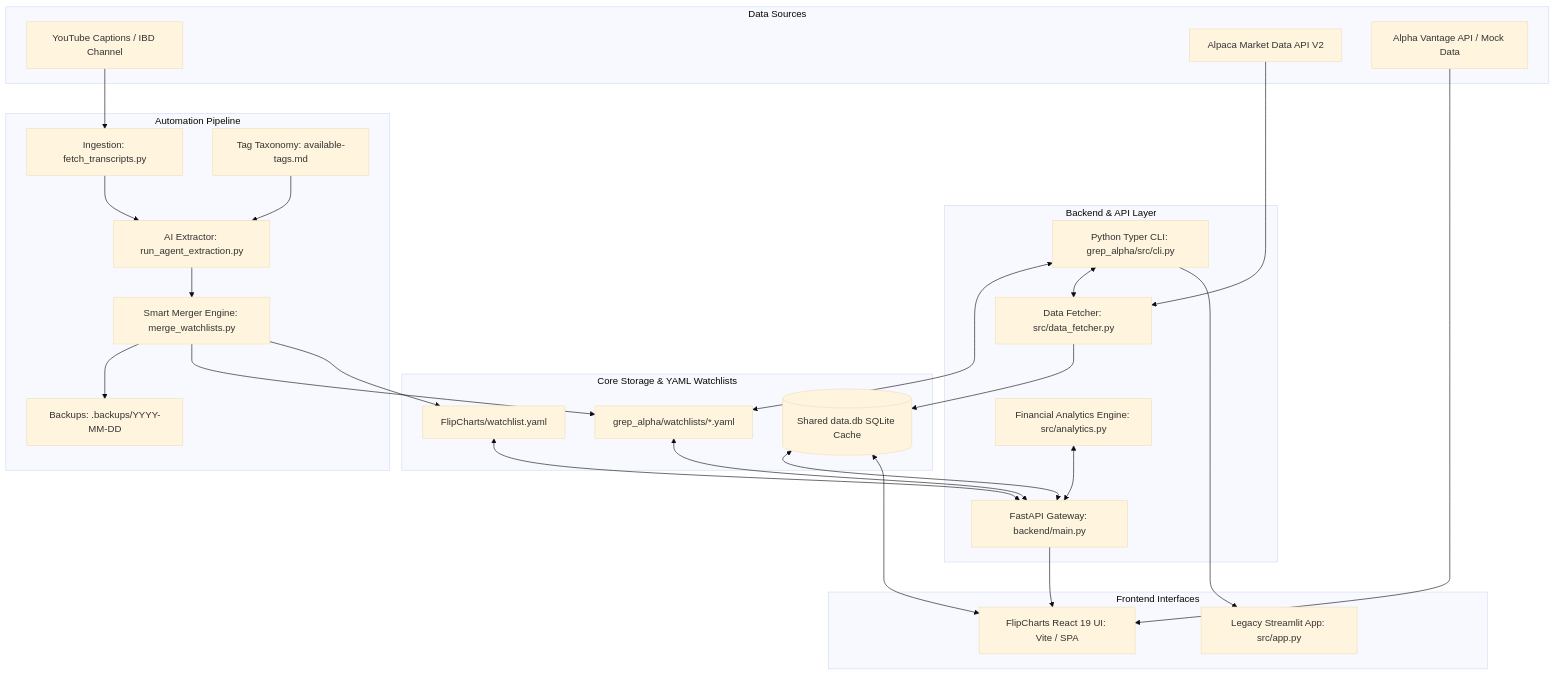
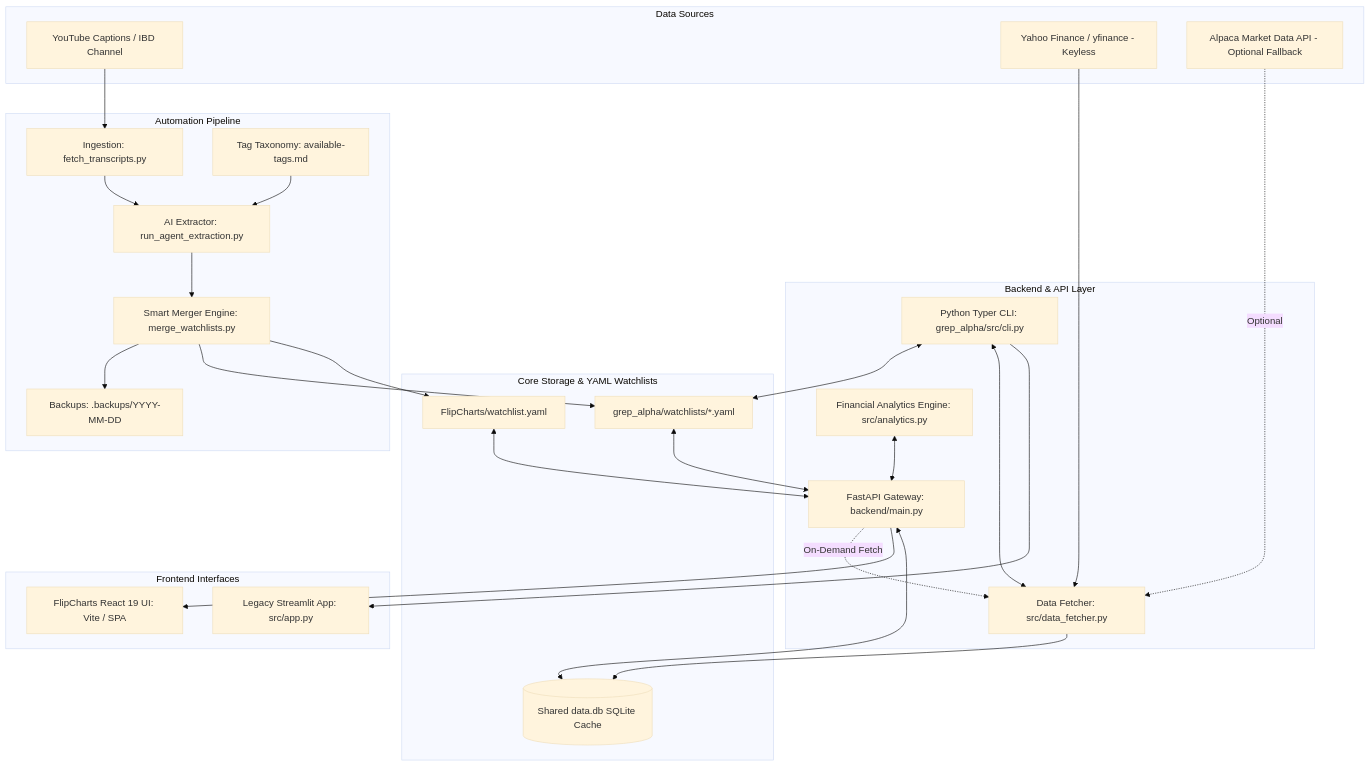
Before and after one commit to common-guid/grep_alpha: the first of 2 diagrams in README.md, drawn with Mermaid (base theme). The commit also changed other lines of this file and 3 other files, not shown here.

Commit message:
docs: align READMEs and logbook with keyless yfinance ingestion and on-demand caching

````diff
--- a/README.md
+++ b/README.md
@@ -61,59 +61,59 @@
 ```mermaid
 flowchart TD
     subgraph Data Sources
         YOUTUBE[YouTube Captions / IBD Channel]
-        ALPACA[Alpaca Market Data API V2]
-        ALPHA[Alpha Vantage API / Mock Data]
+        YFINANCE[Yahoo Finance / yfinance - Keyless]
+        ALPACA[Alpaca Market Data API - Optional Fallback]
     end
 
     subgraph Automation Pipeline
         INGEST[Ingestion: fetch_transcripts.py]
         AGENT[AI Extractor: run_agent_extraction.py]
         TAXONOMY[Tag Taxonomy: available-tags.md]
         SMARTMERGE[Smart Merger Engine: merge_watchlists.py]
         BACKUP[Backups: .backups/YYYY-MM-DD]
     end
 
     subgraph Core Storage & YAML Watchlists
         WATCHLISTS_DIR[grep_alpha/watchlists/*.yaml]
         FLIP_WATCHLIST[FlipCharts/watchlist.yaml]
         SQLITE_DB[(Shared data.db SQLite Cache)]
     end
 
     subgraph Backend & API Layer
         FASTAPI[FastAPI Gateway: backend/main.py]
         CLI[Python Typer CLI: grep_alpha/src/cli.py]
         ANALYTICS[Financial Analytics Engine: src/analytics.py]
         FETCHER[Data Fetcher: src/data_fetcher.py]
     end
 
     subgraph Frontend Interfaces
         REACT_SPA[FlipCharts React 19 UI: Vite / SPA]
         STREAMLIT[Legacy Streamlit App: src/app.py]
     end
 
     %% Flow connections
     YOUTUBE --> INGEST
     INGEST --> AGENT
     TAXONOMY --> AGENT
     AGENT --> SMARTMERGE
     SMARTMERGE --> BACKUP
     SMARTMERGE --> WATCHLISTS_DIR
     SMARTMERGE --> FLIP_WATCHLIST
 
-    ALPACA --> FETCHER
+    YFINANCE --> FETCHER
+    ALPACA -.->|Optional| FETCHER
     FETCHER --> SQLITE_DB
 
     WATCHLISTS_DIR <--> FASTAPI
     FLIP_WATCHLIST <--> FASTAPI
     SQLITE_DB <--> FASTAPI
     ANALYTICS <--> FASTAPI
+    FASTAPI -.->|On-Demand Fetch| FETCHER
 
     FASTAPI --> REACT_SPA
-    SQLITE_DB <--> REACT_SPA
-    ALPHA --> REACT_SPA
 
     CLI <--> WATCHLISTS_DIR
     CLI <--> FETCHER
     CLI --> STREAMLIT
 ```
````
